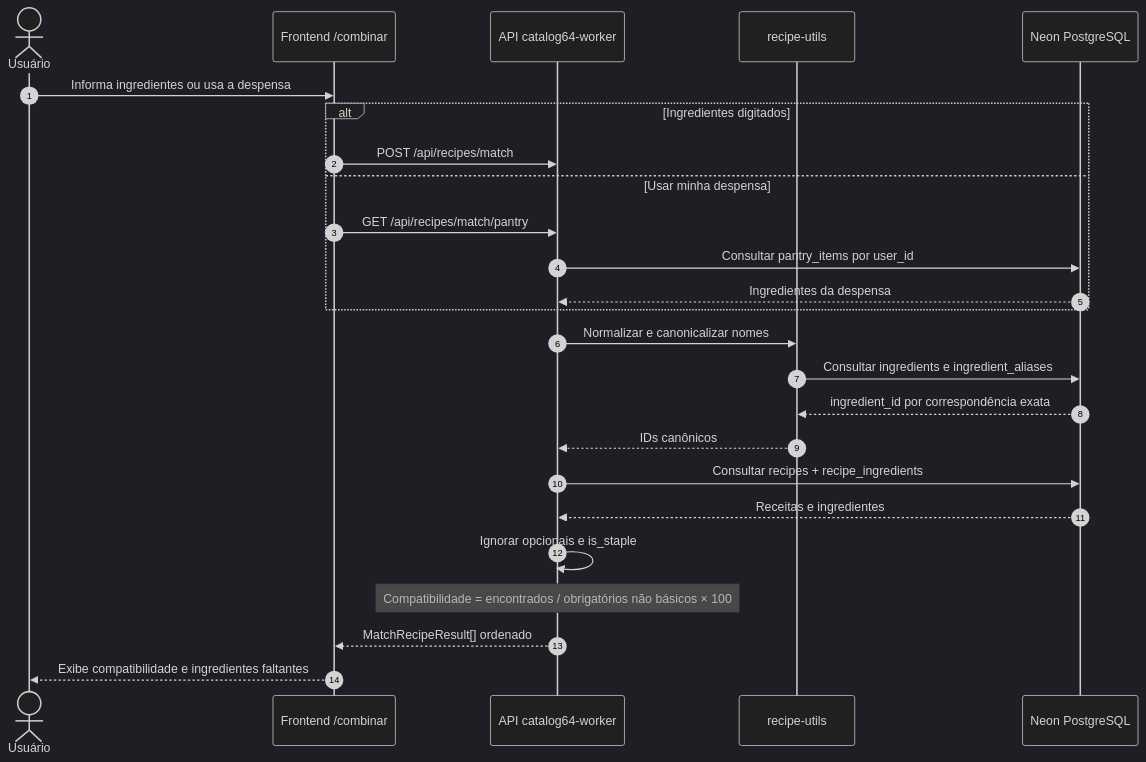
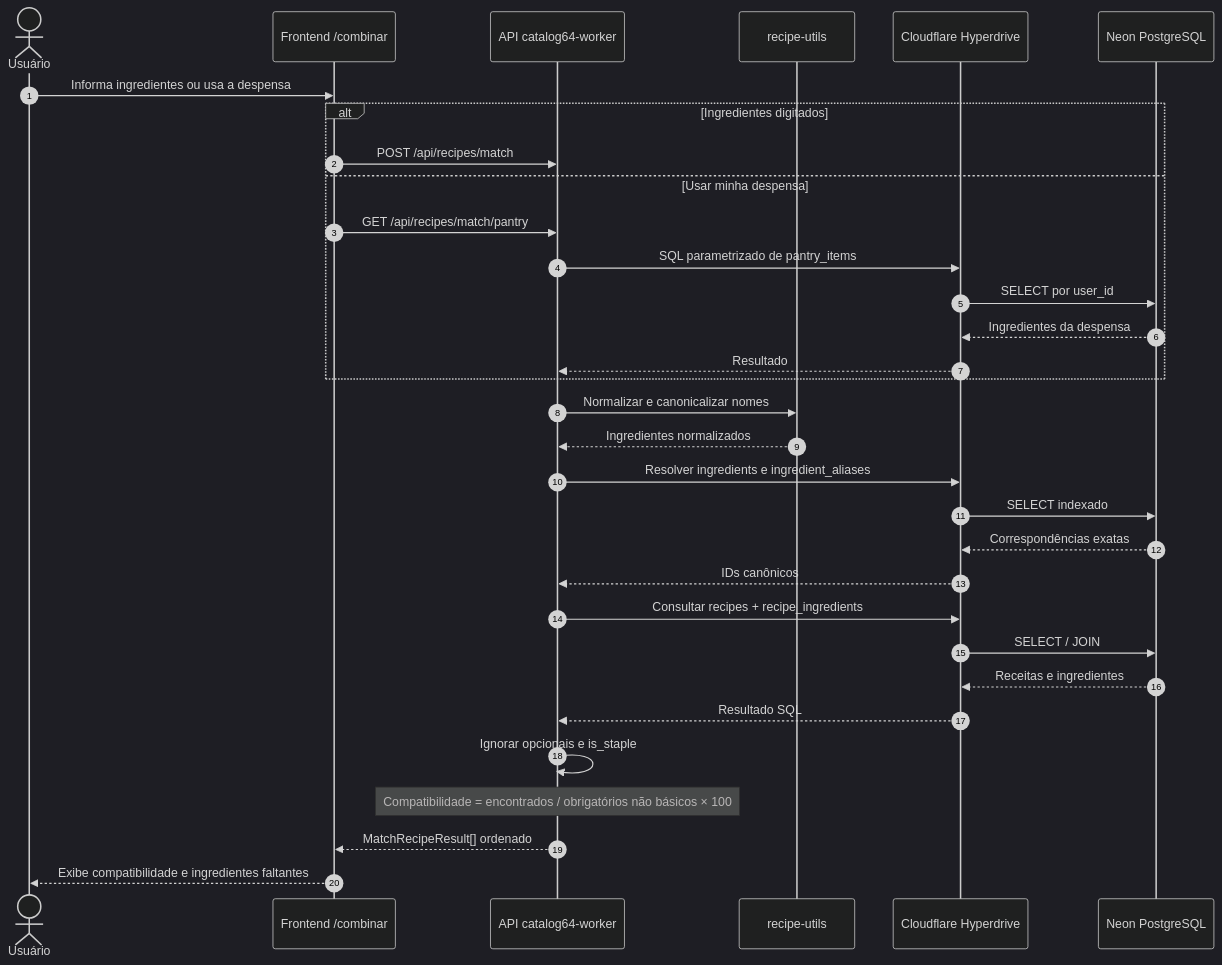
The diagram in docs/diagramas/sequencia-matching.md (pitado/receitando), drawn with Mermaid (dark theme) before and after one commit. The commit also changed other lines of this file and 17 other files, not shown here.

First line of the commit message:
Documentar diagramas em UML PlantUML com Neon PostgreSQL e remover drawio

````diff
--- a/docs/diagramas/sequencia-matching.md
+++ b/docs/diagramas/sequencia-matching.md
@@ -7,28 +7,35 @@
 ```mermaid
 sequenceDiagram
     autonumber
     actor U as Usuário
     participant F as Frontend /combinar
     participant A as API catalog64-worker
     participant N as recipe-utils
+    participant H as Cloudflare Hyperdrive
     participant D as Neon PostgreSQL
 
     U->>F: Informa ingredientes ou usa a despensa
     alt Ingredientes digitados
         F->>A: POST /api/recipes/match
     else Usar minha despensa
         F->>A: GET /api/recipes/match/pantry
-        A->>D: Consultar pantry_items por user_id
-        D-->>A: Ingredientes da despensa
+        A->>H: SQL parametrizado de pantry_items
+        H->>D: SELECT por user_id
+        D-->>H: Ingredientes da despensa
+        H-->>A: Resultado
     end
     A->>N: Normalizar e canonicalizar nomes
-    N->>D: Consultar ingredients e ingredient_aliases
-    D-->>N: ingredient_id por correspondência exata
-    N-->>A: IDs canônicos
-    A->>D: Consultar recipes + recipe_ingredients
-    D-->>A: Receitas e ingredientes
+    N-->>A: Ingredientes normalizados
+    A->>H: Resolver ingredients e ingredient_aliases
+    H->>D: SELECT indexado
+    D-->>H: Correspondências exatas
+    H-->>A: IDs canônicos
+    A->>H: Consultar recipes + recipe_ingredients
+    H->>D: SELECT / JOIN
+    D-->>H: Receitas e ingredientes
+    H-->>A: Resultado SQL
     A->>A: Ignorar opcionais e is_staple
     Note over A: Compatibilidade = encontrados / obrigatórios não básicos × 100
     A-->>F: MatchRecipeResult[] ordenado
     F-->>U: Exibe compatibilidade e ingredientes faltantes
 ```
````
